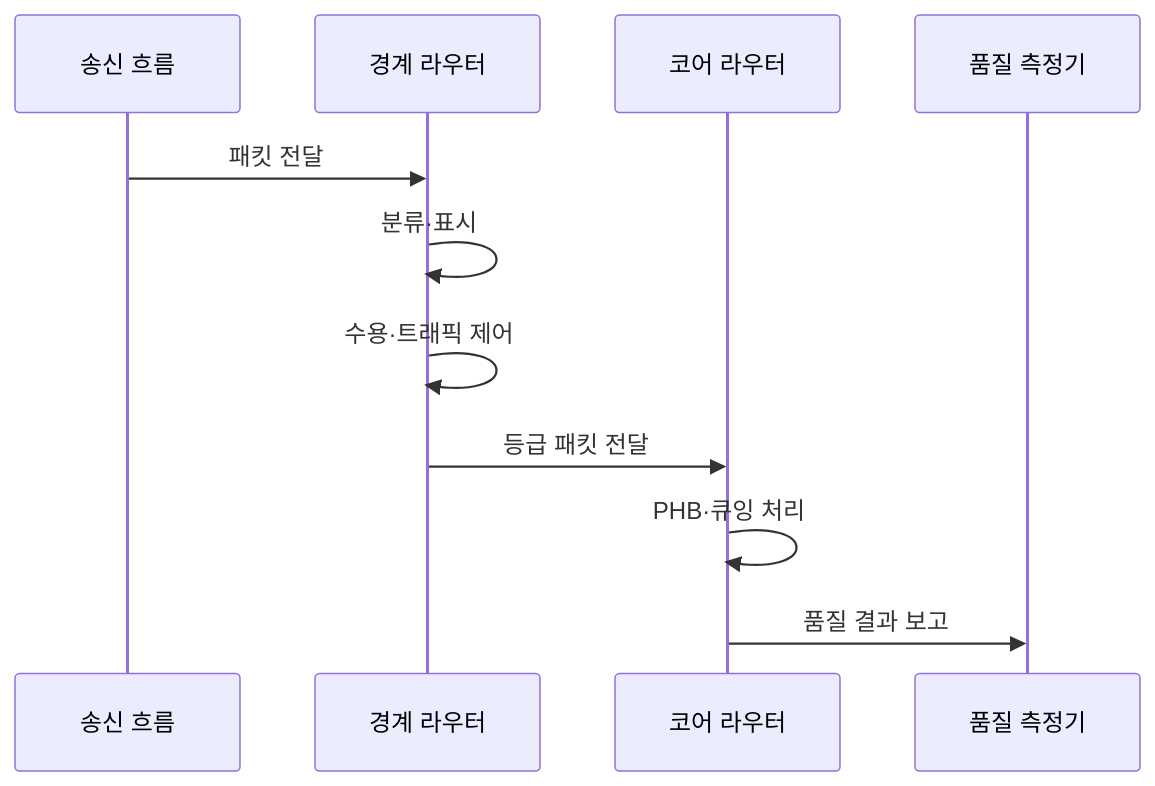
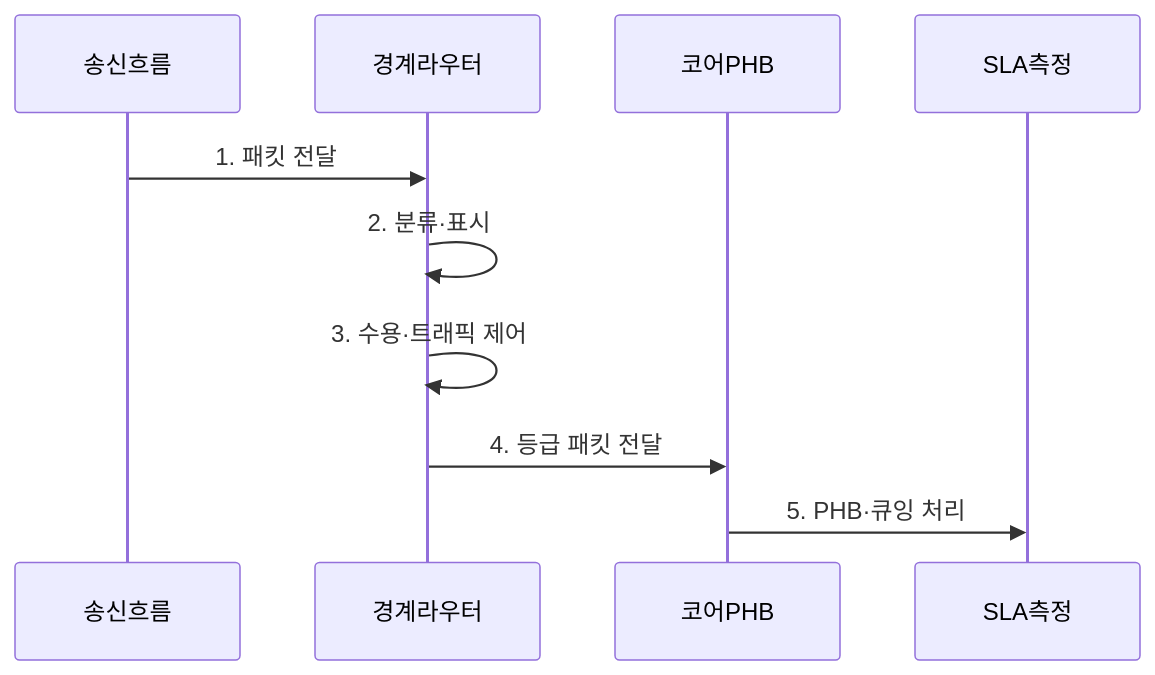
Before and after one commit to agnusdei1207/knowledge-base: the second of 2 diagrams in src/content/docs/notes/04-network/072_qos_diffserv_intserv.md, drawn with Mermaid. The commit also changed other lines of this file and 20 other files, not shown here.

````diff
--- a/src/content/docs/notes/04-network/072_qos_diffserv_intserv.md
+++ b/src/content/docs/notes/04-network/072_qos_diffserv_intserv.md
@@ -85,13 +79,12 @@
 ```mermaid
 sequenceDiagram
-    participant S as 송신 흐름
-    participant E as 경계 라우터
-    participant C as 코어 라우터
-    participant M as 품질 측정기
-    S->>E: 패킷 전달
-    E->>E: 분류·표시
-    E->>E: 수용·트래픽 제어
-    E->>C: 등급 패킷 전달
-    C->>C: PHB·큐잉 처리
-    C->>M: 품질 결과 보고
+    participant 송신흐름
+    participant 경계라우터
+    participant 코어PHB
+    participant SLA측정
+    송신흐름->>경계라우터: 1. 패킷 전달
+    경계라우터->>경계라우터: 2. 분류·표시
+    경계라우터->>경계라우터: 3. 수용·트래픽 제어
+    경계라우터->>코어PHB: 4. 등급 패킷 전달
+    코어PHB->>SLA측정: 5. PHB·큐잉 처리
 ```
````
